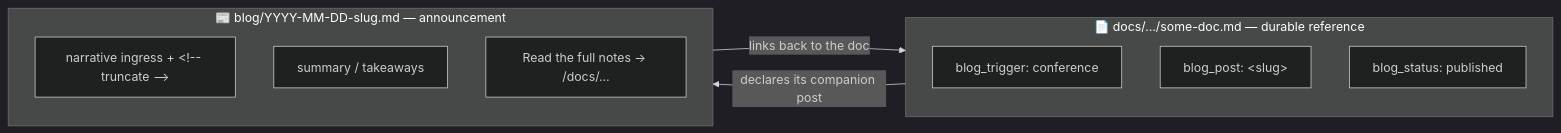
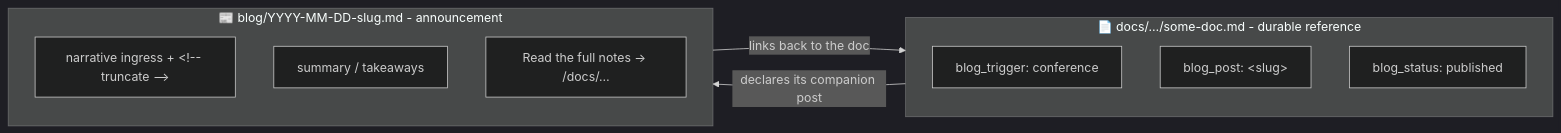
Before and after one commit to omars-lab/omars-lab.github.io: the diagram in bytesofpurpose-blog/docs/craft/blogging/blog-post-triggers.mdx, drawn with Mermaid (dark theme). The commit also changed other lines of this file and 196 other files, not shown here.

````diff
--- a/bytesofpurpose-blog/docs/craft/blogging/blog-post-triggers.mdx
+++ b/bytesofpurpose-blog/docs/craft/blogging/blog-post-triggers.mdx
@@ -45,15 +45,15 @@
 ```mermaid
 flowchart LR
-    subgraph DOC["📄 docs/…/some-doc.md — durable reference"]
+    subgraph DOC["📄 docs/…/some-doc.md - durable reference"]
         D1["blog_trigger: conference"]
         D2["blog_post: &lt;slug&gt;"]
         D3["blog_status: published"]
     end
-    subgraph POST["📰 blog/YYYY-MM-DD-slug.md — announcement"]
+    subgraph POST["📰 blog/YYYY-MM-DD-slug.md - announcement"]
         P1["narrative ingress + &lt;!-- truncate --&gt;"]
         P2["summary / takeaways"]
         P3["Read the full notes → /docs/…"]
     end
     DOC -->|"declares its companion post"| POST
     POST -->|"links back to the doc"| DOC
 ```
````
